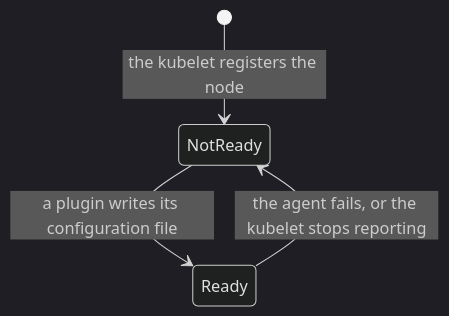
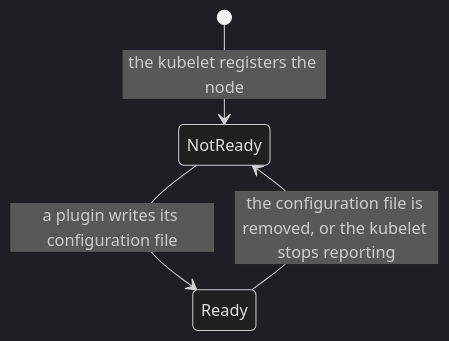
The second of 2 diagrams in learn/pod-network.md (jclapdev/cka-study), drawn with Mermaid (dark theme) before and after one commit. The commit also changed other lines of this file and 39 other files, not shown here.

````diff
--- a/learn/pod-network.md
+++ b/learn/pod-network.md
@@ -41,6 +41,6 @@
 ```mermaid
 stateDiagram-v2
   [*] --> NotReady: the kubelet registers the node
   NotReady --> Ready: a plugin writes its configuration file
-  Ready --> NotReady: the agent fails, or the kubelet stops reporting
+  Ready --> NotReady: the configuration file is removed, or the kubelet stops reporting
 ```
````
